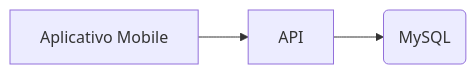
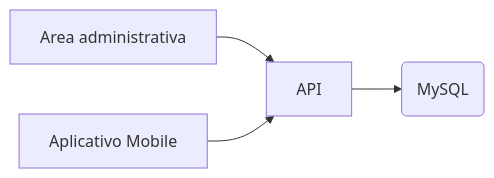
The diagram in README.md (MauricioCostaDaSilva/belp-o), drawn with Mermaid before and after one commit.

Commit message:
adiciona diagrama de arquitetura para a área administrativa no README

`````diff
--- a/README.md
+++ b/README.md
@@ -5,5 +5,6 @@
 ````mermaid
 flowchart LR
+  adm["Area administrativa"] --> microservice["API"]
   app["Aplicativo Mobile"] --> microservice["API"]
   microservice --> database(MySQL)
 ````
`````
